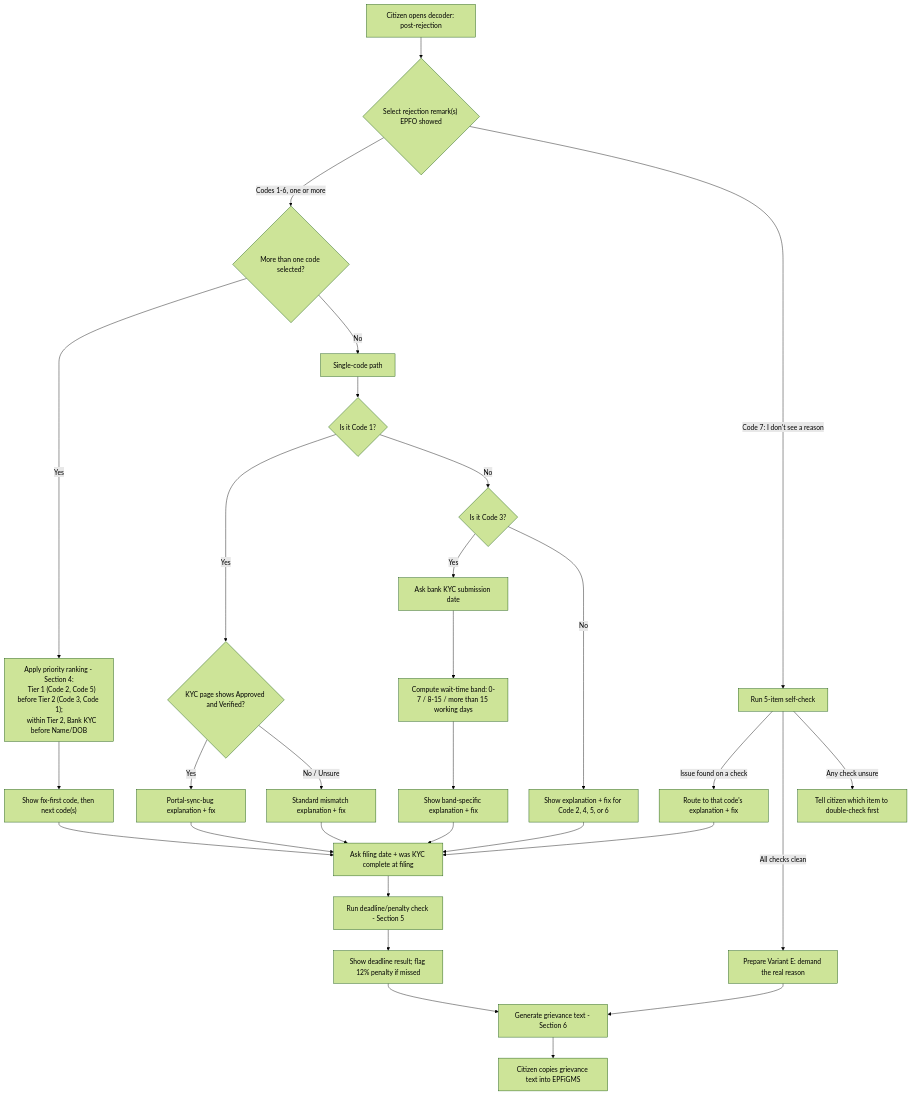
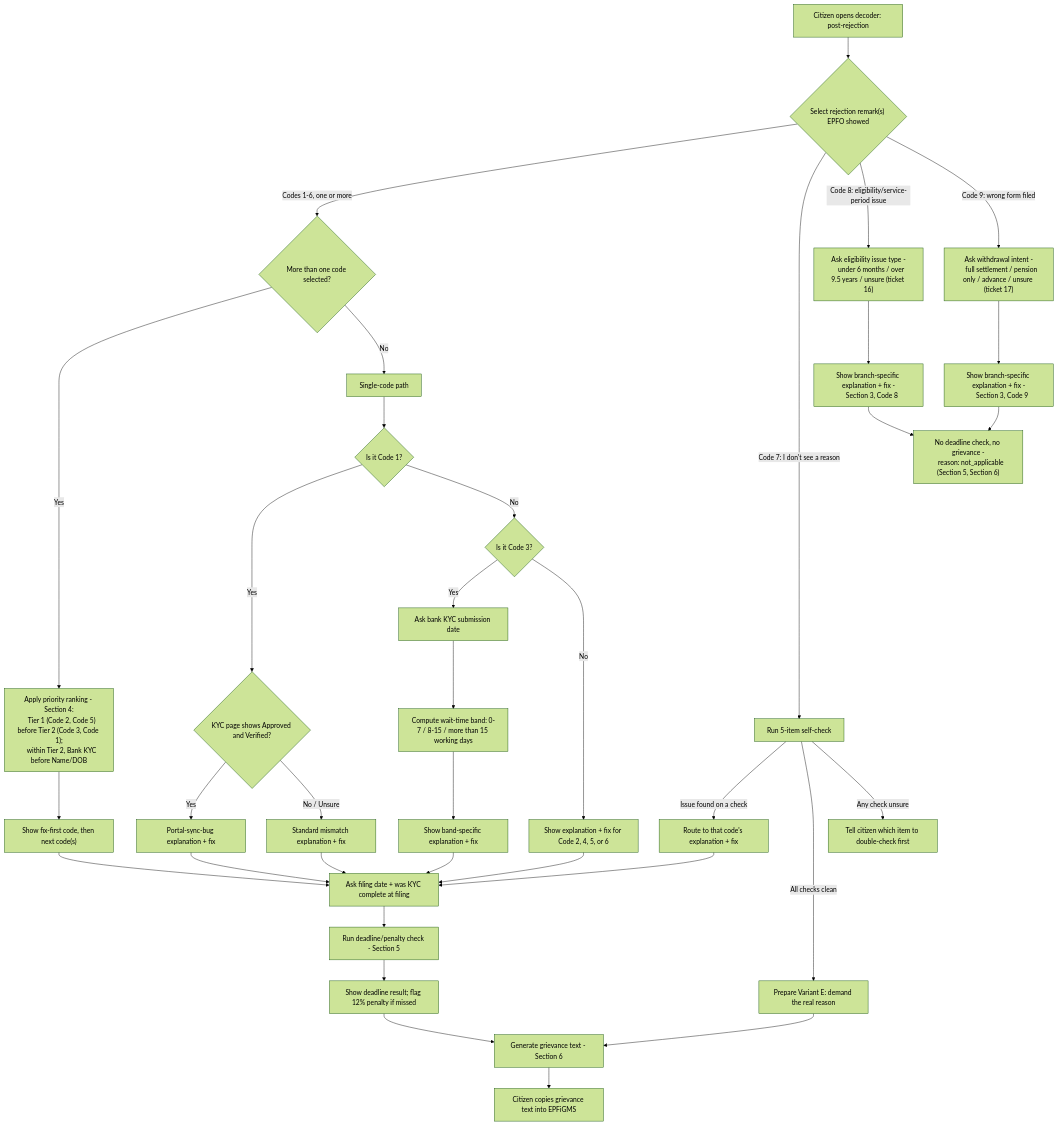
One commit to krathod89/EPFO-Sahayak changed the first of 2 diagrams in Rule Engine/Rule Engine Spec.md. Above: the diagram before and after it, drawn with Mermaid (forest theme). The commit also changed other lines of this file and 15 other files, not shown here.

````diff
--- a/Rule Engine/Rule Engine Spec.md
+++ b/Rule Engine/Rule Engine Spec.md
@@ -350,41 +382,53 @@
 ```mermaid
 flowchart TD
     A["Citizen opens decoder: post-rejection"] --> B{"Select rejection remark(s) EPFO showed"}
     B -->|"Codes 1-6, one or more"| C{"More than one code selected?"}
     B -->|"Code 7: I don't see a reason"| D["Run 5-item self-check"]
+    B -->|"Code 8: eligibility/service-period issue"| CE["Ask eligibility issue type -
+    under 6 months / over 9.5 years / unsure (ticket 16)"]
+    B -->|"Code 9: wrong form filed"| CG["Ask withdrawal intent -
+    full settlement / pension only / advance / unsure (ticket 17)"]
 
     D -->|"Issue found on a check"| E["Route to that code's explanation + fix"]
     D -->|"All checks clean"| F["Prepare Variant E: demand the real reason"]
     D -->|"Any check unsure"| DU["Tell citizen which item to double-check first"]
+
+    CE --> CF["Show branch-specific explanation + fix -
+    Section 3, Code 8"]
+    CG --> CH["Show branch-specific explanation + fix -
+    Section 3, Code 9"]
+    CF --> X["No deadline check, no grievance -
+    reason: not_applicable (Section 5, Section 6)"]
+    CH --> X
 
     C -->|"Yes"| G["Apply priority ranking - Section 4:
     Tier 1 (Code 2, Code 5) before Tier 2 (Code 3, Code 1);
     within Tier 2, Bank KYC before Name/DOB"]
     C -->|"No"| H["Single-code path"]
 
     G --> I["Show fix-first code, then next code(s)"]
 
     H --> J{"Is it Code 1?"}
     J -->|"Yes"| K{"KYC page shows Approved and Verified?"}
     K -->|"Yes"| L["Portal-sync-bug explanation + fix"]
     K -->|"No / Unsure"| M["Standard mismatch explanation + fix"]
     J -->|"No"| N{"Is it Code 3?"}
     N -->|"Yes"| O["Ask bank KYC submission date"]
     O --> P["Compute wait-time band: 0-7 / 8-15 / more than 15 working days"]
     P --> Q["Show band-specific explanation + fix"]
     N -->|"No"| R["Show explanation + fix for Code 2, 4, 5, or 6"]
 
     I --> S["Ask filing date + was KYC complete at filing"]
     L --> S
     M --> S
     Q --> S
     R --> S
     E --> S
 
     S --> T["Run deadline/penalty check - Section 5"]
     T --> U["Show deadline result; flag 12% penalty if missed"]
 
     F --> V["Generate grievance text - Section 6"]
     U --> V
     V --> W["Citizen copies grievance text into EPFiGMS"]
 ```
````
